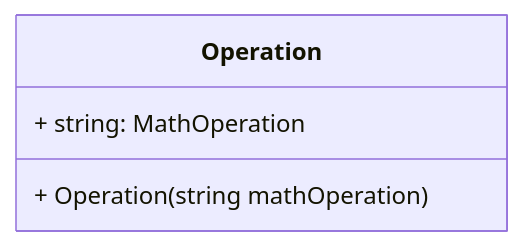
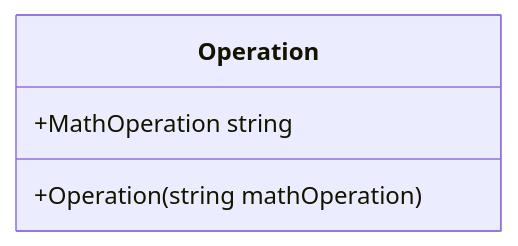
One commit to thistlehouse/gwcloud-training changed the fourth of 4 diagrams in DependencyInjection/ClassesDiagram.md. Above: the diagram before and after it, drawn with Mermaid. The commit also changed other lines of this file, not shown here.

Commit message:
changed order of return type

````diff
--- a/DependencyInjection/ClassesDiagram.md
+++ b/DependencyInjection/ClassesDiagram.md
@@ -74,7 +74,7 @@
 ```mermaid
 classDiagram
     class Operation {
-        + string: MathOperation
-        + Operation(string mathOperation)
+        +MathOperation string
+        +Operation(string mathOperation)
     }
 ```
````
